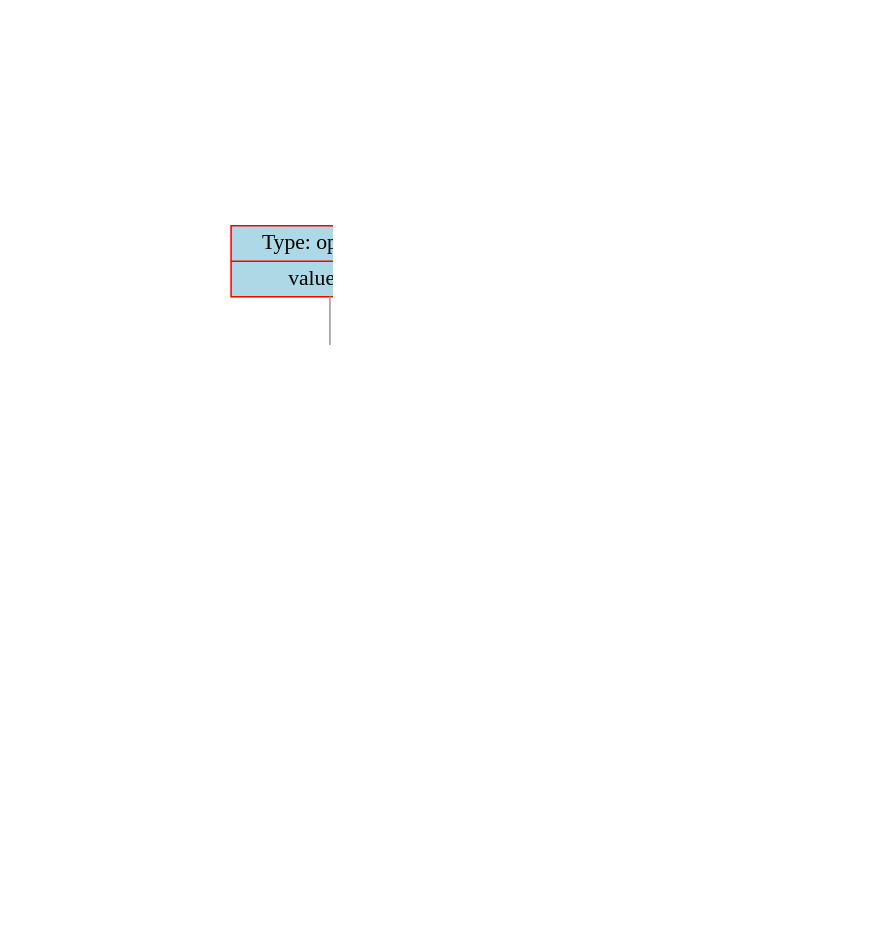
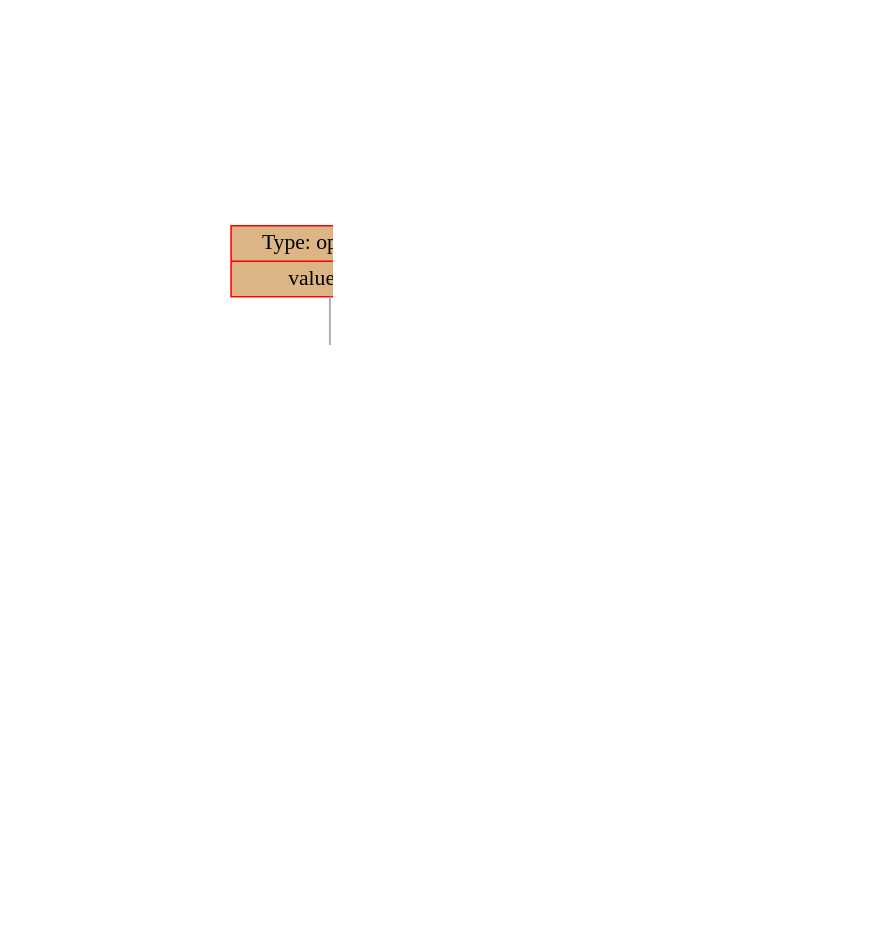
Before and after one commit to dodokek/Derivative-Calculator: the diagram in data/graph.dot, drawn with Graphviz. The commit also changed 3 other files, not shown here.

Commit message:
added graph in pdf, changed it colors

```diff
--- a/data/graph.dot
+++ b/data/graph.dot
@@ -1,43 +1,43 @@
 
     digraph g {
         dpi      = 200;
         fontname = "Comic Sans MS";
         fontsize = 20;
         rankdir   =  TB;
         edge [color = darkgrey, arrowhead = onormal, arrowsize = 1, penwidth = 1.2]
         graph[fillcolor = lightgreen, ranksep = 1.3, nodesep = 0.5,
         style = "rounded, filled",color = green, penwidth = 2]
 
-    Node000001e846b21860[shape=record, width=0.2, style="filled", color="red", fillcolor="lightblue",label=" {Type: operation | value: +}"] 
+    Node0000029f20811860[shape=record, width=0.2, style="filled", color="red", fillcolor="#DBB585",label=" {Type: operation | value: +}"] 
  
-Node000001e846b21710[shape=record, width=0.2, style="filled", color="red", fillcolor="lightblue",label=" {Type: operation | value: sin}"] 
+Node0000029f20811710[shape=record, width=0.2, style="filled", color="red", fillcolor="#DBB585",label=" {Type: operation | value: sin}"] 
  
-Node000001e846b216e0[shape=record, width=0.2, style="filled", color="red", fillcolor="lightblue",label=" {Type: operation | value: ^}"] 
+Node0000029f208116e0[shape=record, width=0.2, style="filled", color="red", fillcolor="#DBB585",label=" {Type: operation | value: ^}"] 
  
-Node000001e846b21680[shape=record, width=0.2, style="filled", color="red", fillcolor="lightblue",label=" {Type: variable | value: X}"] 
+Node0000029f20811680[shape=record, width=0.2, style="filled", color="red", fillcolor="#19DB27",label=" {Type: variable | value: X}"] 
  
-Node000001e846b216b0[shape=record, width=0.2, style="filled", color="red", fillcolor="lightblue",label=" {Type: number | value: 5}"] 
+Node0000029f208116b0[shape=record, width=0.2, style="filled", color="red", fillcolor="#DB8E21",label=" {Type: number | value: 5}"] 
  
-Node000001e846b21830[shape=record, width=0.2, style="filled", color="red", fillcolor="lightblue",label=" {Type: operation | value: ^}"] 
+Node0000029f20811830[shape=record, width=0.2, style="filled", color="red", fillcolor="#DBB585",label=" {Type: operation | value: ^}"] 
  
-Node000001e846b217d0[shape=record, width=0.2, style="filled", color="red", fillcolor="lightblue",label=" {Type: operation | value: cos}"] 
+Node0000029f208117d0[shape=record, width=0.2, style="filled", color="red", fillcolor="#DBB585",label=" {Type: operation | value: cos}"] 
  
-Node000001e846b217a0[shape=record, width=0.2, style="filled", color="red", fillcolor="lightblue",label=" {Type: operation | value: \cdot}"] 
+Node0000029f208117a0[shape=record, width=0.2, style="filled", color="red", fillcolor="#DBB585",label=" {Type: operation | value: \cdot}"] 
  
-Node000001e846b21740[shape=record, width=0.2, style="filled", color="red", fillcolor="lightblue",label=" {Type: number | value: 10}"] 
+Node0000029f20811740[shape=record, width=0.2, style="filled", color="red", fillcolor="#DB8E21",label=" {Type: number | value: 10}"] 
  
-Node000001e846b21770[shape=record, width=0.2, style="filled", color="red", fillcolor="lightblue",label=" {Type: variable | value: X}"] 
+Node0000029f20811770[shape=record, width=0.2, style="filled", color="red", fillcolor="#19DB27",label=" {Type: variable | value: X}"] 
  
-Node000001e846b21800[shape=record, width=0.2, style="filled", color="red", fillcolor="lightblue",label=" {Type: number | value: 3}"] 
+Node0000029f20811800[shape=record, width=0.2, style="filled", color="red", fillcolor="#DB8E21",label=" {Type: number | value: 3}"] 
  
-Node000001e846b21860->Node000001e846b21710
-Node000001e846b21710->Node000001e846b216e0
-Node000001e846b216e0->Node000001e846b21680
-Node000001e846b216e0->Node000001e846b216b0
-Node000001e846b21860->Node000001e846b21830
-Node000001e846b21830->Node000001e846b217d0
-Node000001e846b217d0->Node000001e846b217a0
-Node000001e846b217a0->Node000001e846b21740
-Node000001e846b217a0->Node000001e846b21770
-Node000001e846b21830->Node000001e846b21800
+Node0000029f20811860->Node0000029f20811710
+Node0000029f20811710->Node0000029f208116e0
+Node0000029f208116e0->Node0000029f20811680
+Node0000029f208116e0->Node0000029f208116b0
+Node0000029f20811860->Node0000029f20811830
+Node0000029f20811830->Node0000029f208117d0
+Node0000029f208117d0->Node0000029f208117a0
+Node0000029f208117a0->Node0000029f20811740
+Node0000029f208117a0->Node0000029f20811770
+Node0000029f20811830->Node0000029f20811800
 }
```
